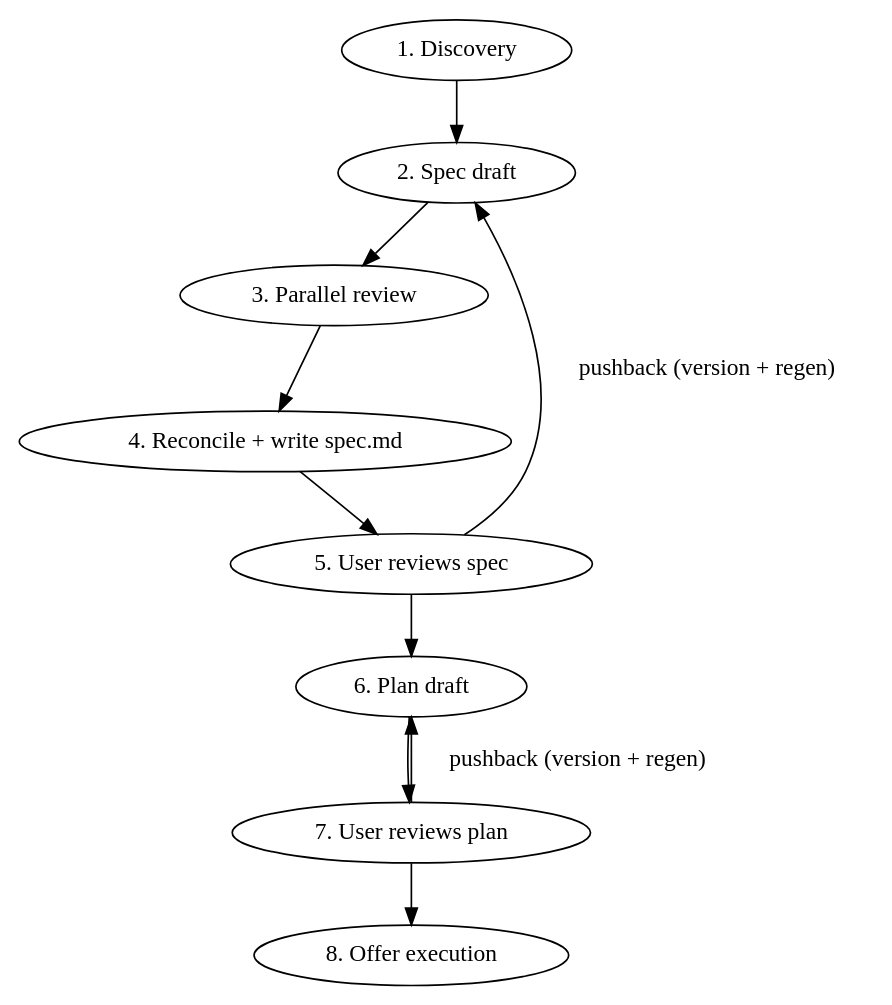
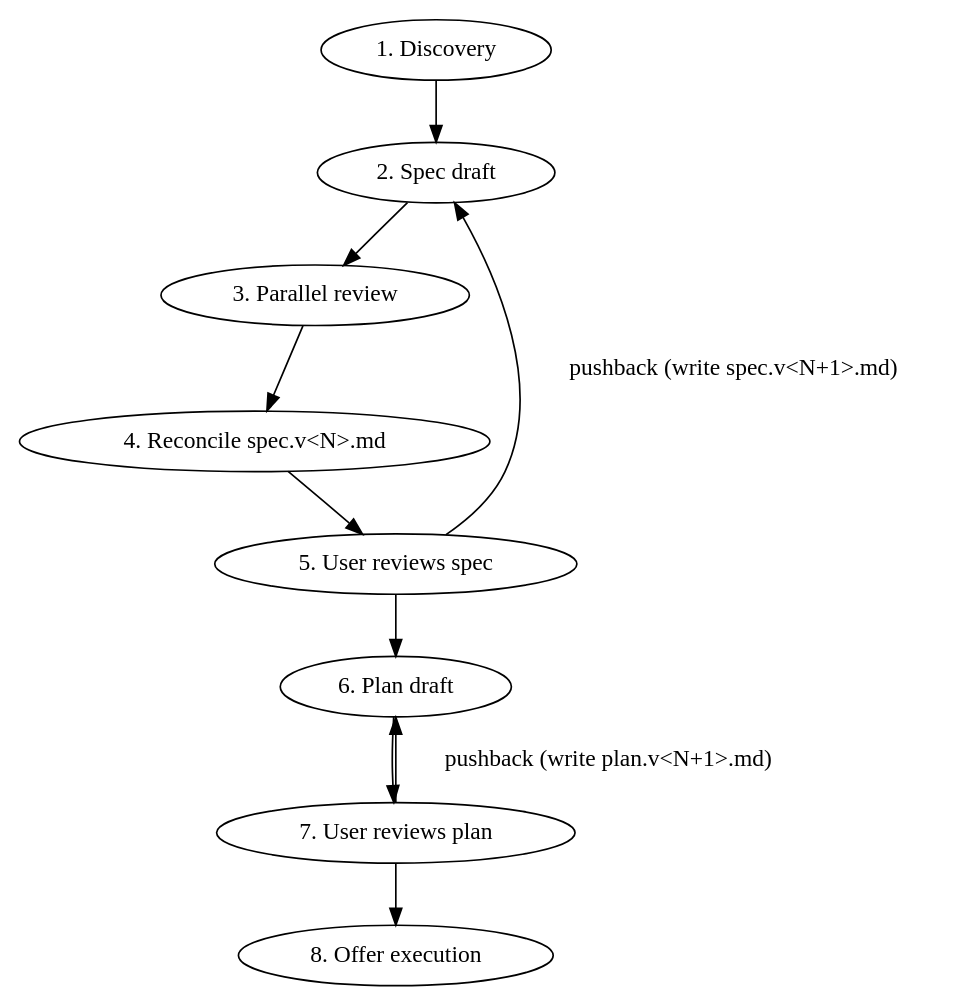
Before and after one commit to mjmarrazzo/ai-skills: the diagram in skills/blueprint/SKILL.md, drawn with Graphviz. The commit also changed other lines of this file and 4 other files, not shown here.

First line of the commit message:
blueprint, vscode-preview: numbered-only spec/plan versioning convention

````diff
--- a/skills/blueprint/SKILL.md
+++ b/skills/blueprint/SKILL.md
@@ -52,8 +54,8 @@
 ```dot
 digraph phases {
-    "1. Discovery" -> "2. Spec draft" -> "3. Parallel review" -> "4. Reconcile + write spec.md";
-    "4. Reconcile + write spec.md" -> "5. User reviews spec" -> "6. Plan draft" -> "7. User reviews plan" -> "8. Offer execution";
-    "5. User reviews spec" -> "2. Spec draft" [label="pushback (version + regen)"];
-    "7. User reviews plan" -> "6. Plan draft" [label="pushback (version + regen)"];
+    "1. Discovery" -> "2. Spec draft" -> "3. Parallel review" -> "4. Reconcile spec.v<N>.md";
+    "4. Reconcile spec.v<N>.md" -> "5. User reviews spec" -> "6. Plan draft" -> "7. User reviews plan" -> "8. Offer execution";
+    "5. User reviews spec" -> "2. Spec draft" [label="pushback (write spec.v<N+1>.md)"];
+    "7. User reviews plan" -> "6. Plan draft" [label="pushback (write plan.v<N+1>.md)"];
 }
 ```
````
